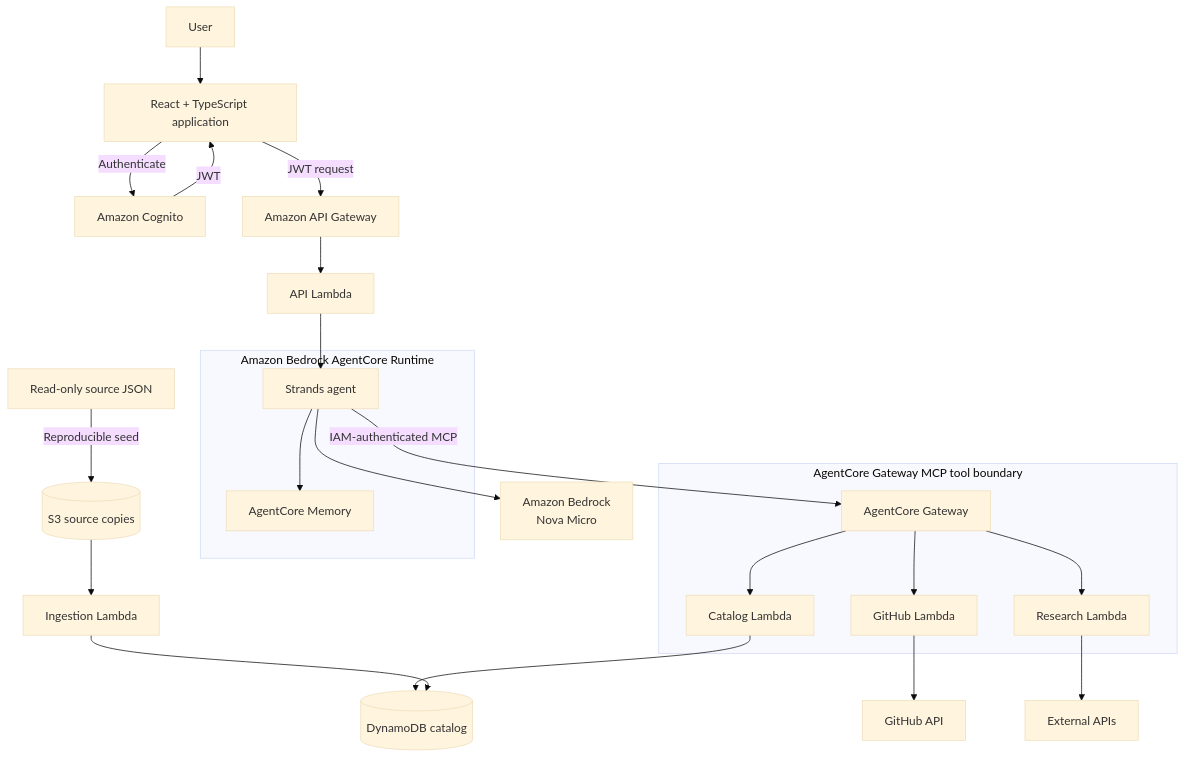
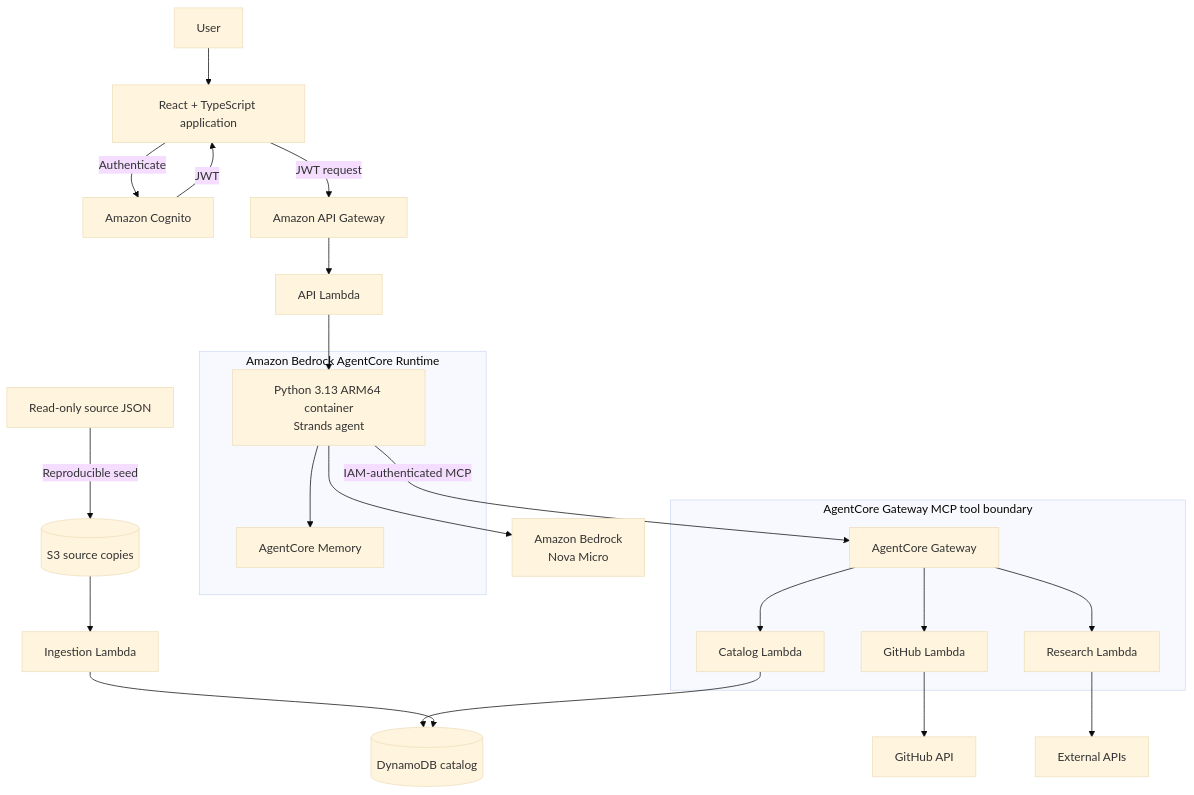
Before and after one commit to barrettotte/praxis: the diagram in README.md, drawn with Mermaid (base theme). The commit also changed 27 other files, not shown here.

````diff
--- a/README.md
+++ b/README.md
@@ -9,36 +9,36 @@
 ```mermaid
 flowchart TD
     user[User] --> ui[React + TypeScript application]
     ui -->|Authenticate| cognito[Amazon Cognito]
     cognito -->|JWT| ui
     ui -->|JWT request| apiGateway[Amazon API Gateway]
     apiGateway --> apiLambda[API Lambda]
 
     subgraph runtime[Amazon Bedrock AgentCore Runtime]
-        agent[Strands agent]
+        agent[Python 3.13 ARM64 container<br/>Strands agent]
         memory[AgentCore Memory]
         agent --> memory
     end
 
     apiLambda --> agent
     agent --> bedrock[Amazon Bedrock<br/>Nova Micro]
 
     subgraph tools[AgentCore Gateway MCP tool boundary]
         gateway[AgentCore Gateway]
         catalogLambda[Catalog Lambda]
         githubLambda[GitHub Lambda]
         researchLambda[Research Lambda]
         gateway --> catalogLambda
         gateway --> githubLambda
         gateway --> researchLambda
     end
 
     agent -->|IAM-authenticated MCP| gateway
     catalogLambda --> catalog[(DynamoDB catalog)]
     githubLambda --> github[GitHub API]
     researchLambda --> external[External APIs]
 
     sources[Read-only source JSON] -->|Reproducible seed| sourceBucket[(S3 source copies)]
     sourceBucket --> ingestion[Ingestion Lambda]
     ingestion --> catalog
 ```
````
